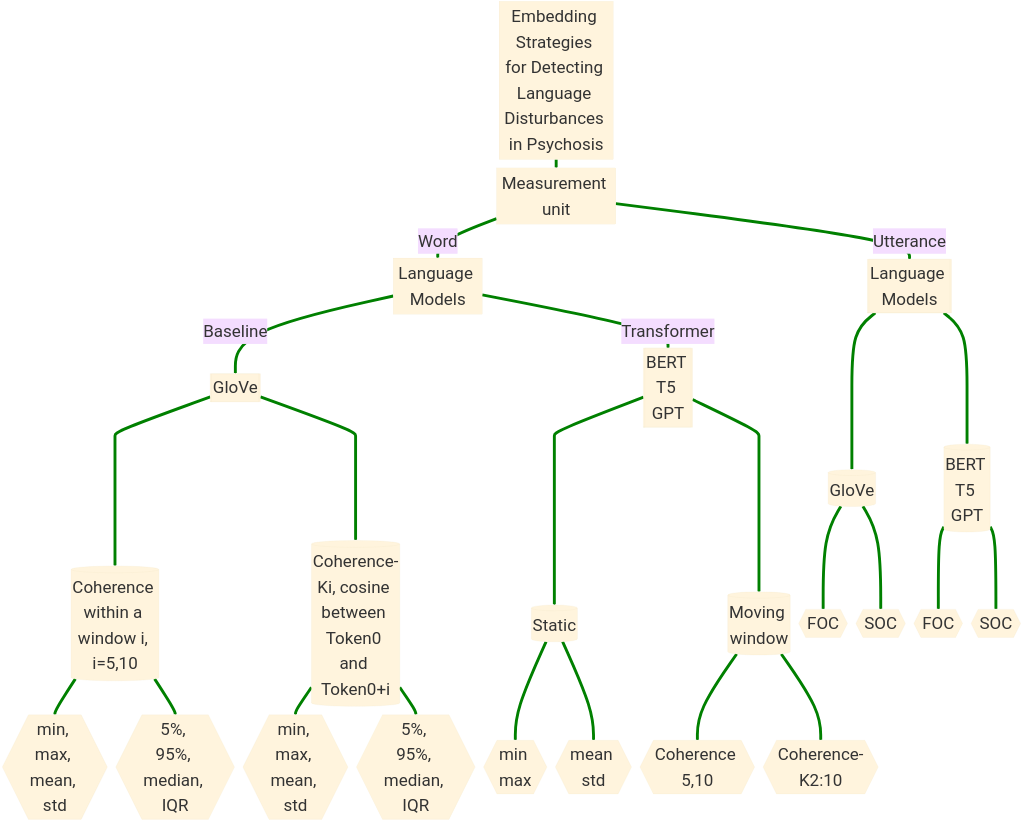
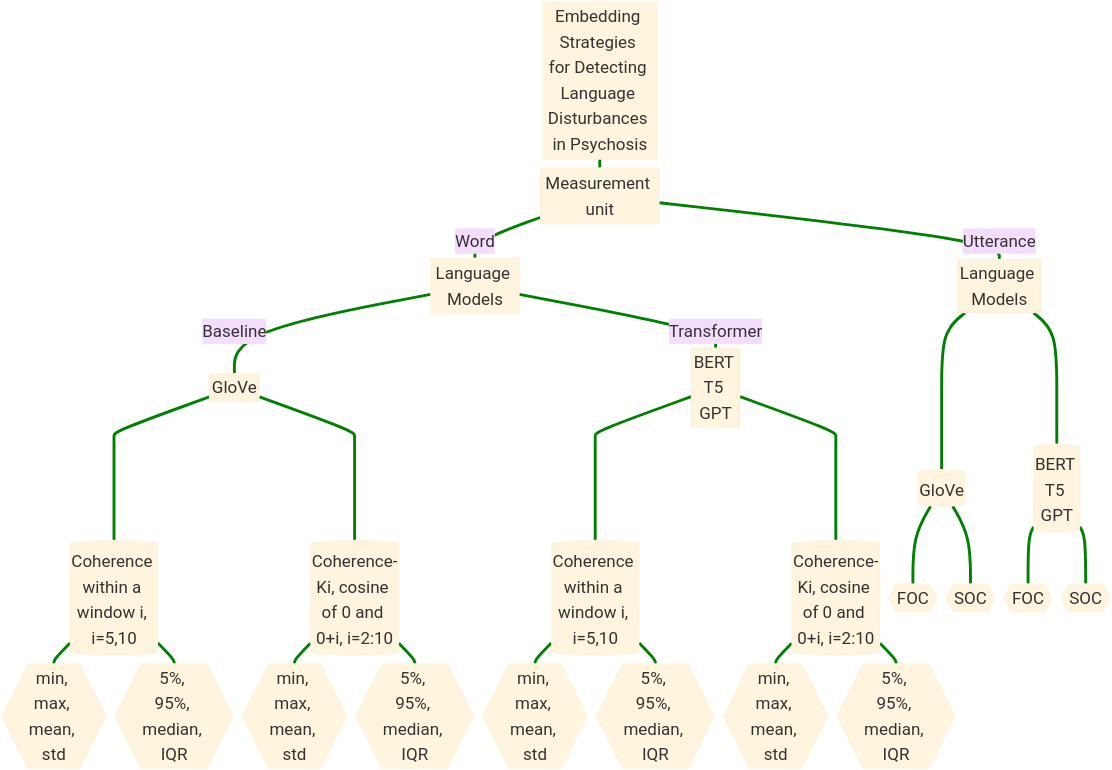
Before and after one commit to yancong222/SSD-LM-STanglab: the first of 2 diagrams in README.md, drawn with Mermaid.

````diff
--- a/README.md
+++ b/README.md
@@ -5,50 +5,50 @@
 ```mermaid
 %%{init: {'theme': 'base', 'themeVariables': { 'fontSize': '100px'}}}%%
 flowchart TD
     A[Embedding Strategies for Detecting Language Disturbances in Psychosis] ==> B[Measurement unit]
     B == Word ==> C[Language Models]
     C == Baseline ==> D[[GloVe]] ====> G[(Coherence within a window i, i=5,10)]
     G ==> J{{min, max, mean, std}}
     G ==> K{{5%, 95%, median, IQR}}
-    D ====> P[(Coherence-Ki, cosine between Token0 and Token0+i)]
+    D ====> P[(Coherence-Ki, cosine of 0 and 0+i, i=2:10)]
     P ==> Q{{min, max, mean, std}}
     P ==> R{{5%, 95%, median, IQR}}
-    C == Transformer ==> E[[BERT T5 GPT]] ====> H[(Static)]
-    H ==> L{{min max}}
-    H ==> M{{mean std}}
-    E ====> S[(Moving window)]
-    S ==> T{{Coherence 5,10}}
-    S ==> U{{Coherence-K2:10}}
+    C == Transformer ==> E[[BERT T5 GPT]] ====> H[(Coherence within a window i, i=5,10)]
+    H ==> L{{min, max, mean, std}}
+    H ==> M{{5%, 95%, median, IQR}}
+    E ====> S[(Coherence-Ki, cosine of 0 and 0+i, i=2:10)]
+    S ==> T{{min, max, mean, std}}
+    S ==> U{{5%, 95%, median, IQR}}
     B == Utterance ==> F[[Language Models]] ====> I[(GloVe)]
     I ==> N{{FOC}}
     I ==> O{{SOC}}
     F ====> V[(BERT T5 GPT)]
     V ==> W{{FOC}}
     V ==> X{{SOC}}
     
     
     linkStyle 0 stroke-width:17px,fill:none,stroke:green;
     linkStyle 1 stroke-width:17px,fill:none,stroke:green;
     linkStyle 2 stroke-width:17px,fill:none,stroke:green;
     linkStyle 3 stroke-width:17px,fill:none,stroke:green;
     linkStyle 4 stroke-width:17px,fill:none,stroke:green;
     linkStyle 5 stroke-width:17px,fill:none,stroke:green;
     linkStyle 6 stroke-width:17px,fill:none,stroke:green;
     linkStyle 7 stroke-width:17px,fill:none,stroke:green;
     linkStyle 8 stroke-width:17px,fill:none,stroke:green;
     linkStyle 9 stroke-width:17px,fill:none,stroke:green;
     linkStyle 10 stroke-width:17px,fill:none,stroke:green;
     linkStyle 11 stroke-width:17px,fill:none,stroke:green;
     linkStyle 12 stroke-width:17px,fill:none,stroke:green;
     linkStyle 13 stroke-width:17px,fill:none,stroke:green;
     linkStyle 14 stroke-width:17px,fill:none,stroke:green;
     linkStyle 15 stroke-width:17px,fill:none,stroke:green;
     linkStyle 16 stroke-width:17px,fill:none,stroke:green;
     linkStyle 17 stroke-width:17px,fill:none,stroke:green;
     linkStyle 18 stroke-width:17px,fill:none,stroke:green;
     linkStyle 19 stroke-width:17px,fill:none,stroke:green;
     linkStyle 20 stroke-width:17px,fill:none,stroke:green;
     linkStyle 21 stroke-width:17px,fill:none,stroke:green;
     linkStyle 22 stroke-width:17px,fill:none,stroke:green;
     
 ```
````
